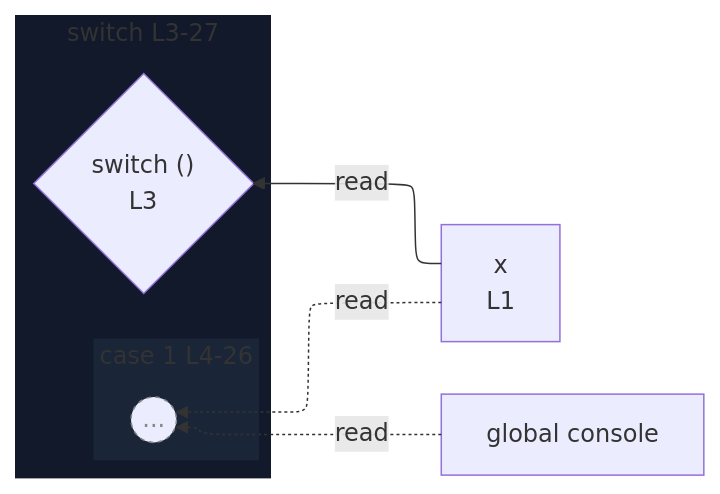
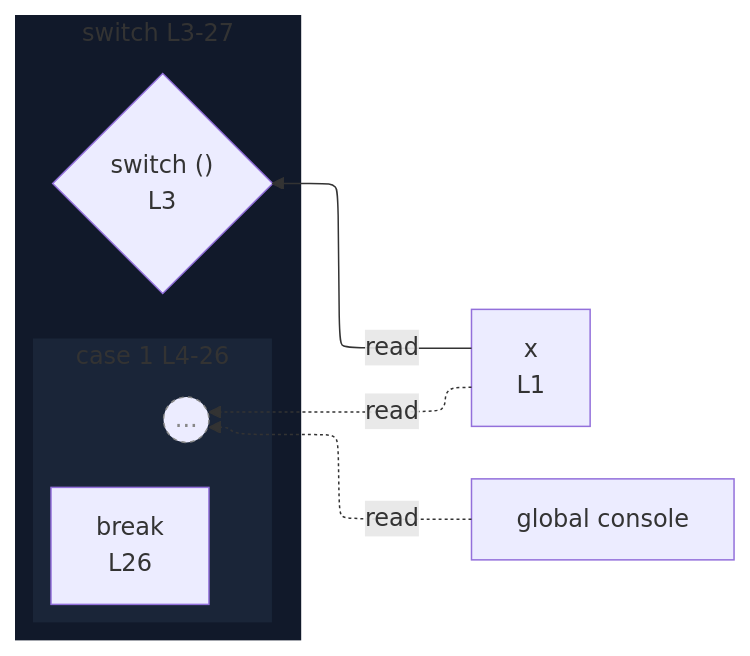
The diagram in integration/fixtures/app-behavior/depth/switch/depth-1/preview.md (crescware/unsnarl), drawn with Mermaid before and after one commit. The commit also changed 352 other files, not shown here.

````diff
--- a/integration/fixtures/app-behavior/depth/switch/depth-1/preview.md
+++ b/integration/fixtures/app-behavior/depth/switch/depth-1/preview.md
@@ -43,23 +43,24 @@
 ```mermaid
 %%{init: {"flowchart": {"defaultRenderer": "elk"}}}%%
 flowchart RL
   n_scope_0_x_6["x<br/>L1"]
   n_scope_0_console_296["global console"]
   subgraph s_scope_1["switch L3-27"]
     direction RL
     switch_discriminant_scope_0_14{"switch ()<br/>L3"}
     subgraph s_scope_2["case 1 L4-26"]
       direction RL
+      bc_break_501["break<br/>L26"]
       beyond_depth_s_scope_2((...))
     end
   end
   n_scope_0_x_6 -->|read| switch_discriminant_scope_0_14
   n_scope_0_x_6 -.->|read| beyond_depth_s_scope_2
   n_scope_0_console_296 -.->|read| beyond_depth_s_scope_2
   classDef boundaryStub stroke:#888,stroke-dasharray:3 3,color:#888;
   class beyond_depth_s_scope_2 boundaryStub;
   classDef nestL1 fill:#11192a,stroke:transparent;
   class s_scope_1 nestL1;
   classDef nestL2 fill:#1a2538,stroke:transparent;
   class s_scope_2 nestL2;
 ```
````
